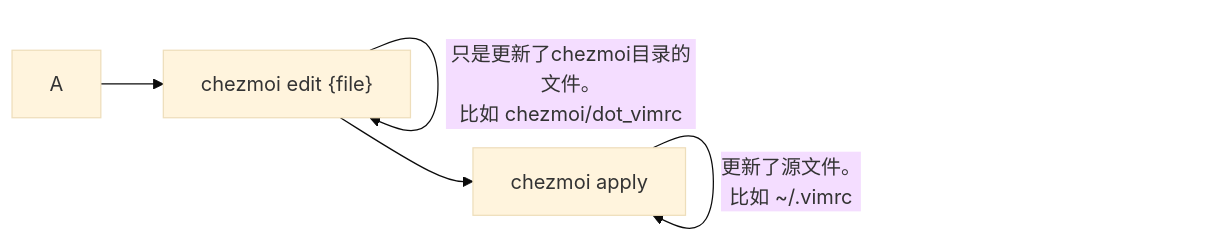
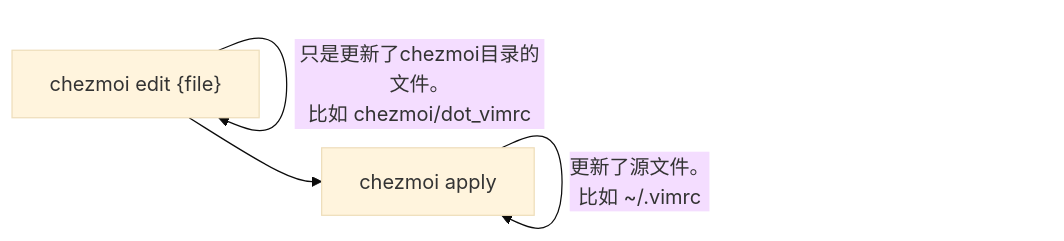
One commit to wifecooky/aifan-docusaurus changed the third of 3 diagrams in blog/2023-10-29-chezmoi.md. Above: the diagram before and after it, drawn with Mermaid (base theme). The commit also changed other lines of this file and 1 other file, not shown here.

````diff
--- a/blog/2023-10-29-chezmoi.md
+++ b/blog/2023-10-29-chezmoi.md
@@ -74,7 +73,6 @@
 ```mermaid
 graph LR;
-    A --> C["chezmoi edit {file}"];
-    C -- "只是更新了chezmoi目录的文件。\n比如 chezmoi/dot_vimrc" --> C;
+    C["chezmoi edit {file}"] -- "只是更新了chezmoi目录的文件。\n比如 chezmoi/dot_vimrc" --> C;
     C --> D["chezmoi apply"];
     D -- "更新了源文件。 \n比如 ~/.vimrc"--> D;
 ```
````
